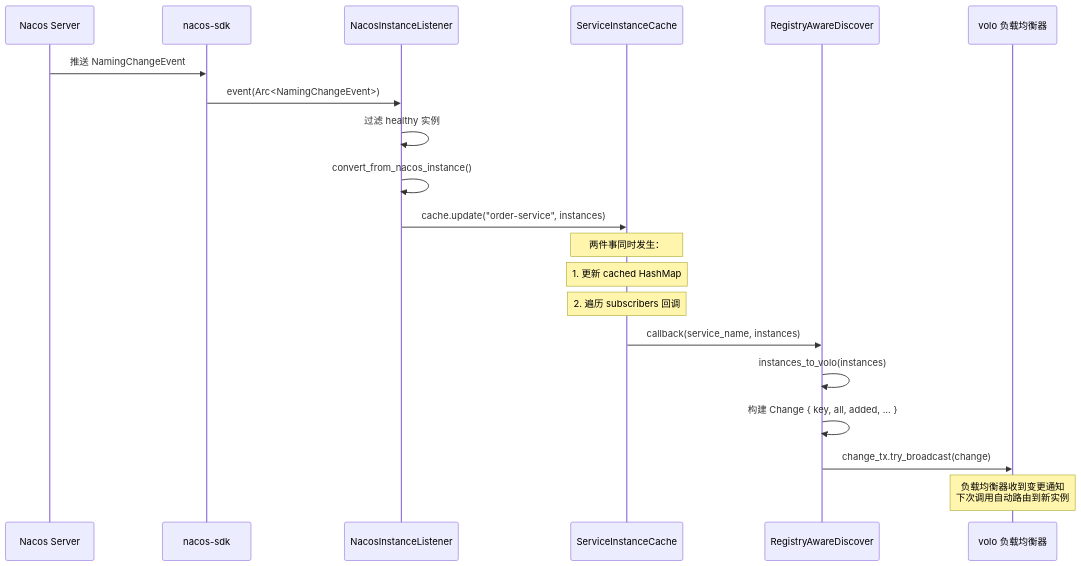
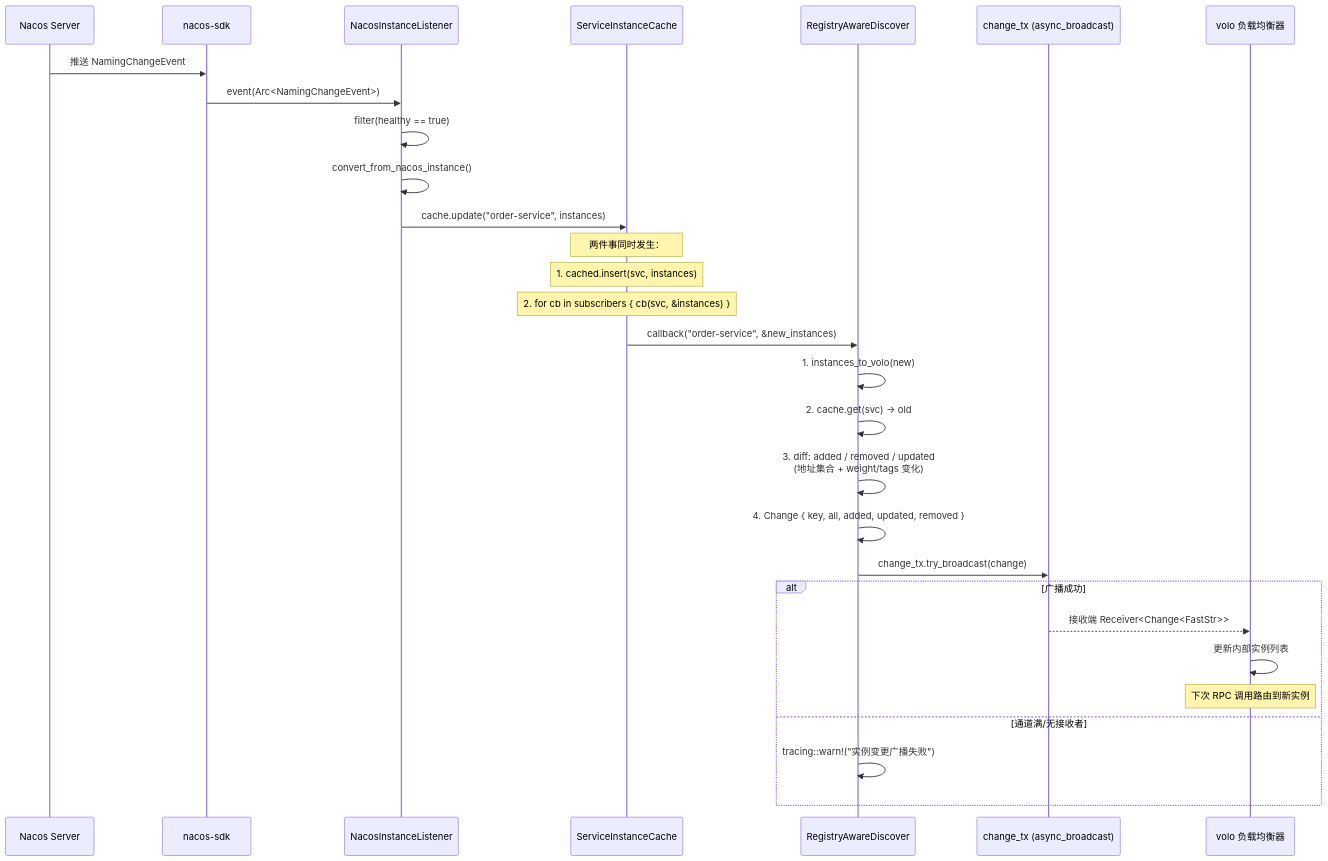
One commit to warpdrivelabs/cmx-container changed the sixth of 11 diagrams in .trae/documents/RPC架构流程详解.md. Above: the diagram before and after it, drawn with Mermaid. The commit also changed other lines of this file and 2 other files, not shown here.

````diff
--- a/.trae/documents/RPC架构流程详解.md
+++ b/.trae/documents/RPC架构流程详解.md
@@ -210,26 +312,35 @@
 ```mermaid
 sequenceDiagram
     participant Nacos as Nacos Server
     participant SDK as nacos-sdk
     participant Listener as NacosInstanceListener
     participant Cache as ServiceInstanceCache
     participant Discover as RegistryAwareDiscover
-    participant LB as volo 负载均衡器
+    participant TX as change_tx (async_broadcast)
+    participant VoloLB as volo 负载均衡器
 
     Nacos->>SDK: 推送 NamingChangeEvent
     SDK->>Listener: event(Arc<NamingChangeEvent>)
-    Listener->>Listener: 过滤 healthy 实例
+    Listener->>Listener: filter(healthy == true)
     Listener->>Listener: convert_from_nacos_instance()
     Listener->>Cache: cache.update("order-service", instances)
 
     Note over Cache: 两件事同时发生：
-    Note over Cache: 1. 更新 cached HashMap
-    Note over Cache: 2. 遍历 subscribers 回调
+    Note over Cache: 1. cached.insert(svc, instances)
+    Note over Cache: 2. for cb in subscribers { cb(svc, &instances) }
 
-    Cache->>Discover: callback(service_name, instances)
-    Discover->>Discover: instances_to_volo(instances)
-    Discover->>Discover: 构建 Change { key, all, added, ... }
-    Discover->>LB: change_tx.try_broadcast(change)
+    Cache->>Discover: callback("order-service", &new_instances)
+    Discover->>Discover: 1. instances_to_volo(new)
+    Discover->>Discover: 2. cache.get(svc) → old
+    Discover->>Discover: 3. diff: added / removed / updated<br/>(地址集合 + weight/tags 变化)
+    Discover->>Discover: 4. Change { key, all, added, updated, removed }
+    Discover->>TX: change_tx.try_broadcast(change)
 
-    Note over LB: 负载均衡器收到变更通知<br/>下次调用自动路由到新实例
+    alt 广播成功
+        TX-->>VoloLB: 接收端 Receiver<Change<FastStr>>
+        VoloLB->>VoloLB: 更新内部实例列表
+        Note over VoloLB: 下次 RPC 调用路由到新实例
+    else 通道满/无接收者
+        Discover->>Discover: tracing::warn!("实例变更广播失败")
+    end
 ```
````
